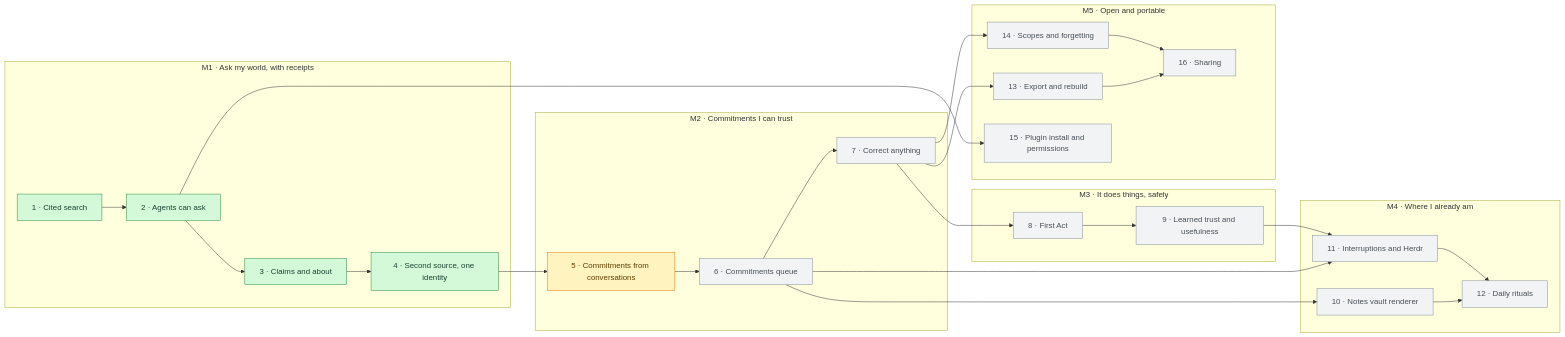
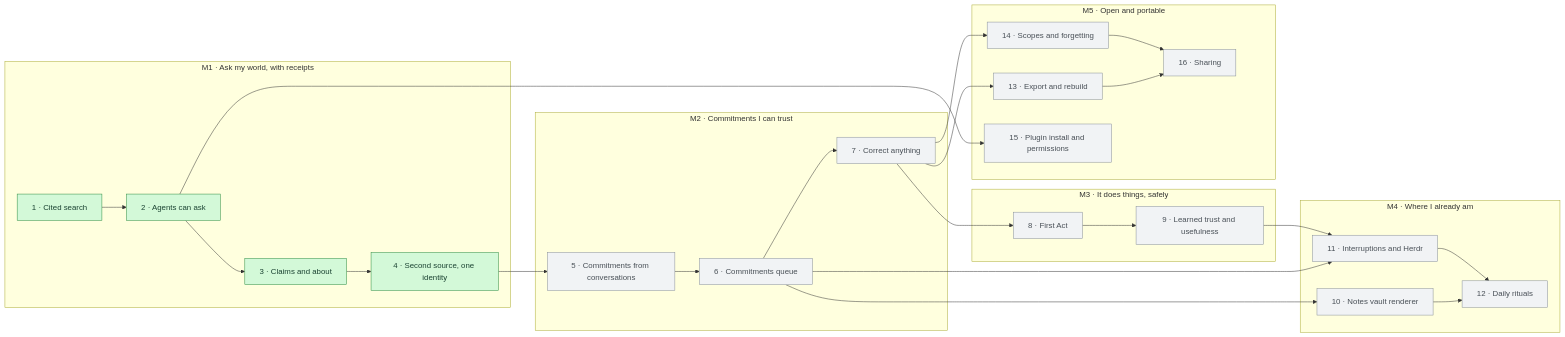
The diagram in README.md (FBisca/rastro-ai), drawn with Mermaid before and after one commit. The commit also changed 1 other file, not shown here.

Commit message:
docs(roadmap): leave slice 5 todo until the retro-roadmap lands (#119)
PR #118 marked slice 5 doing and tinted it in the README diagram. The retro-roadmap branch reworks slice 5 and parks meetings, so main keeps the old status until that branch lands; its slice-5 change then applies without a conflict. The glossary, decision wording, MCP tool line and spec changes from #118 stay.

````diff
--- a/README.md
+++ b/README.md
@@ -46,49 +46,48 @@
 ```mermaid
 flowchart LR
   subgraph M1["M1 · Ask my world, with receipts"]
     s1["1 · Cited search"]
     s2["2 · Agents can ask"]
     s3["3 · Claims and about"]
     s4["4 · Second source, one identity"]
   end
   subgraph M2["M2 · Commitments I can trust"]
     s5["5 · Commitments from conversations"]
     s6["6 · Commitments queue"]
     s7["7 · Correct anything"]
   end
   subgraph M3["M3 · It does things, safely"]
     s8["8 · First Act"]
     s9["9 · Learned trust and usefulness"]
   end
   subgraph M4["M4 · Where I already am"]
     s10["10 · Notes vault renderer"]
     s11["11 · Interruptions and Herdr"]
     s12["12 · Daily rituals"]
   end
   subgraph M5["M5 · Open and portable"]
     s13["13 · Export and rebuild"]
     s14["14 · Scopes and forgetting"]
     s15["15 · Plugin install and permissions"]
     s16["16 · Sharing"]
   end
 
   s1 --> s2 --> s3 --> s4 --> s5 --> s6 --> s7 --> s8 --> s9
   s6 --> s10
   s6 --> s11
   s9 --> s11
   s10 --> s12
   s11 --> s12
   s7 --> s13
   s7 --> s14
   s13 --> s16
   s14 --> s16
   s2 --> s15
 
   classDef done fill:#d3f9d8,stroke:#2b8a3e,color:#1b4332
   classDef doing fill:#fff3bf,stroke:#e67700,color:#5c3d00
   classDef planning fill:#d0ebff,stroke:#1971c2,color:#0b3d6e
   classDef todo fill:#f1f3f5,stroke:#868e96,color:#495057
   class s1,s2,s3,s4 done
-  class s5 doing
-  class s6,s7,s8,s9,s10,s11,s12,s13,s14,s15,s16 todo
+  class s5,s6,s7,s8,s9,s10,s11,s12,s13,s14,s15,s16 todo
 ```
````
